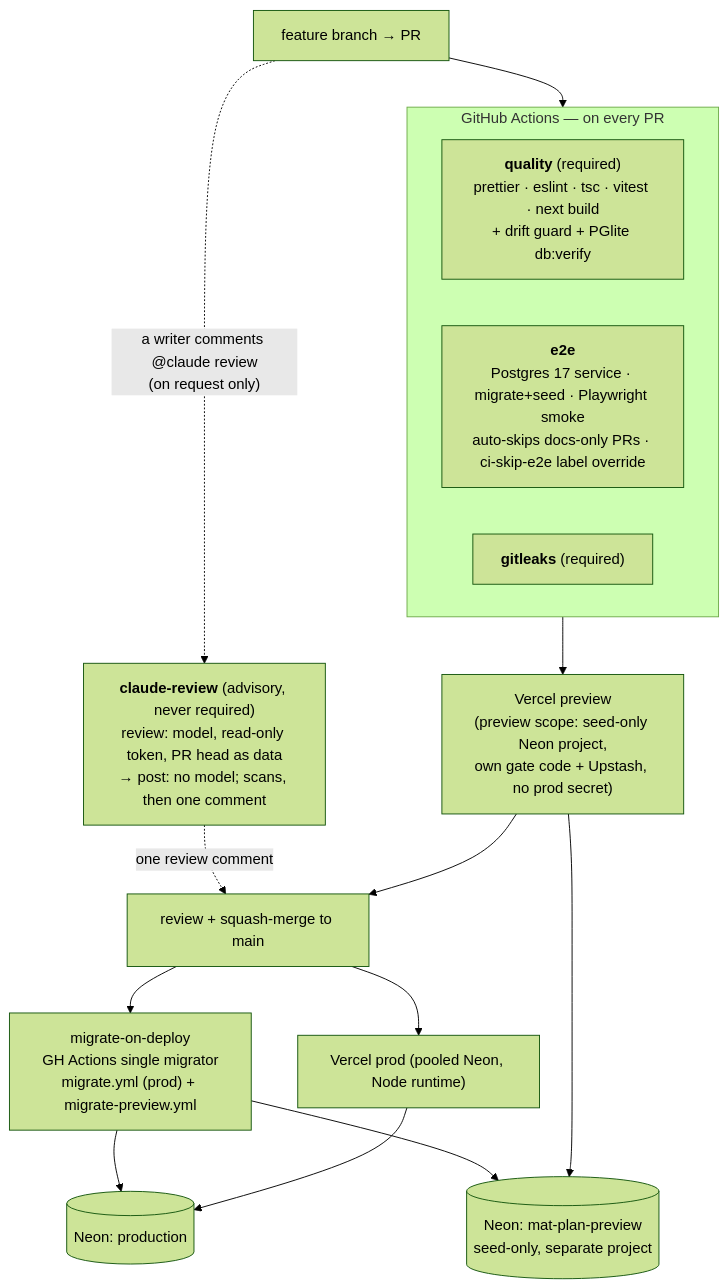
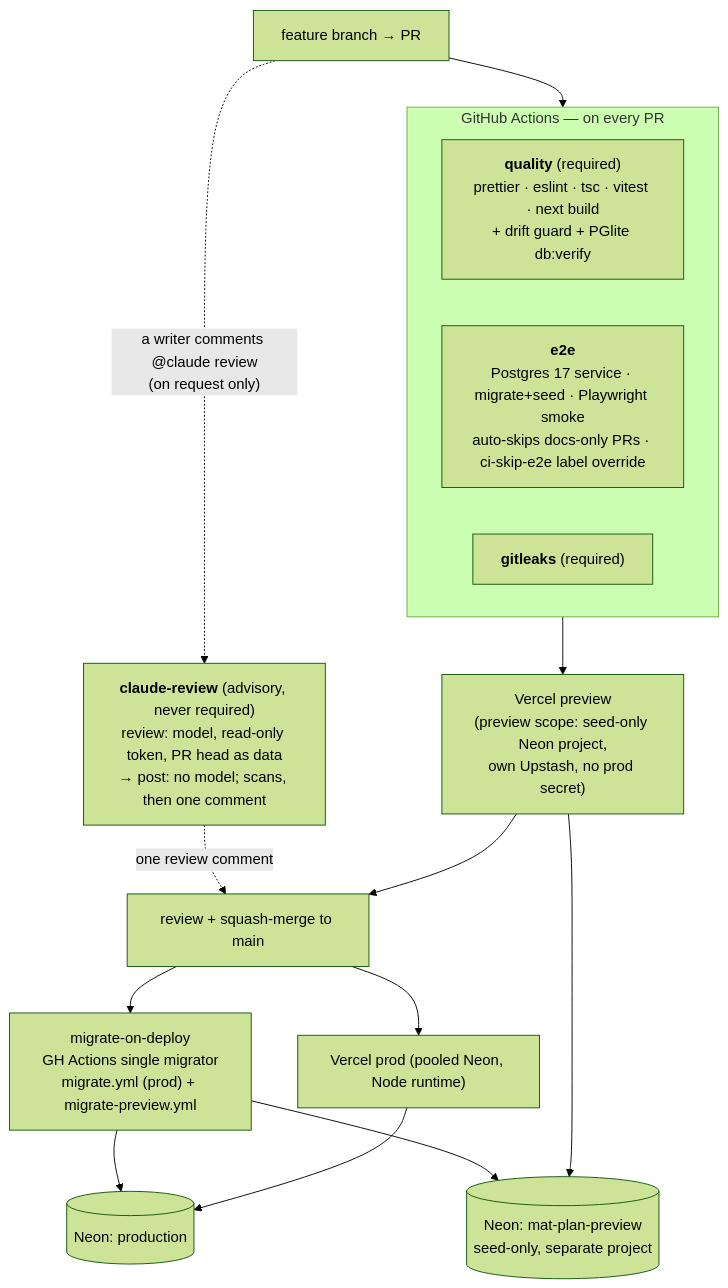
One commit to ralamode/mat-plan changed the tenth of 13 diagrams in docs/architecture.md. Above: the diagram before and after it, drawn with Mermaid (forest theme). The commit also changed other lines of this file and 81 other files, not shown here.

````diff
--- a/docs/architecture.md
+++ b/docs/architecture.md
@@ -459,19 +463,19 @@
 ```mermaid
 flowchart TB
   DEV["feature branch → PR"] --> CI
   subgraph CI["GitHub Actions — on every PR"]
     Q["<b>quality</b> (required)<br/>prettier · eslint · tsc · vitest · next build<br/>+ drift guard + PGlite db:verify"]
     E["<b>e2e</b><br/>Postgres 17 service · migrate+seed · Playwright smoke<br/>auto-skips docs-only PRs · ci-skip-e2e label override"]
     G["<b>gitleaks</b> (required)"]
   end
-  CI --> PREV["Vercel preview<br/>(preview scope: seed-only Neon project,<br/>own gate code + Upstash, no prod secret)"]
+  CI --> PREV["Vercel preview<br/>(preview scope: seed-only Neon project,<br/>own Upstash, no prod secret)"]
   DEV -. "a writer comments @claude review<br/>(on request only)" .-> CR["<b>claude-review</b> (advisory, never required)<br/>review: model, read-only token, PR head as data<br/>→ post: no model; scans, then one comment"]
   CR -. "one review comment" .-> REV
   PREV --> REV["review + squash-merge to main"]
   REV --> MIG["migrate-on-deploy<br/>GH Actions single migrator<br/>migrate.yml (prod) + migrate-preview.yml"]
   REV --> PROD["Vercel prod (pooled Neon, Node runtime)"]
   MIG --> NEON[("Neon: production")]
   MIG --> NEONP[("Neon: mat-plan-preview<br/>seed-only, separate project")]
   PROD --> NEON
   PREV --> NEONP
 ```
````
